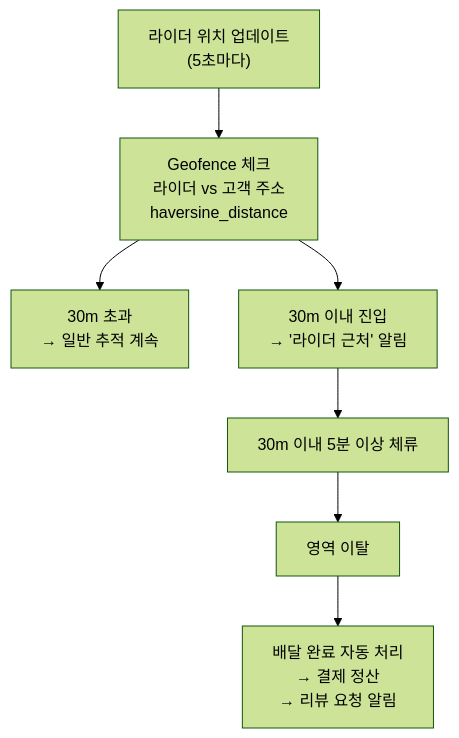
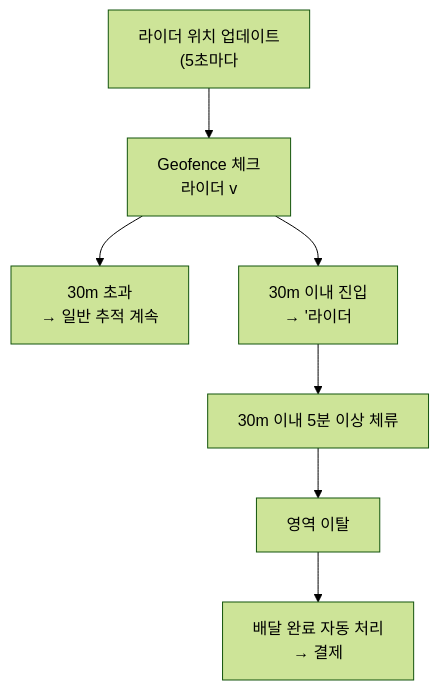
Before and after one commit to yjkim2015/yjkim2015.github.io: the eighth of 9 diagrams in _posts/systemdesign/2026-05-03-system-design-location.md, drawn with Mermaid (forest theme). The commit also changed other lines of this file and 271 other files, not shown here.

First line of the commit message:
Mermaid 라벨 축소: 긴 노드 텍스트 18자 이하로 트림 + \n 제거

````diff
--- a/_posts/systemdesign/2026-05-03-system-design-location.md
+++ b/_posts/systemdesign/2026-05-03-system-design-location.md
@@ -698,10 +698,10 @@
 ```mermaid
 graph TD
-    Update["라이더 위치 업데이트\n(5초마다)"]
-    Update --> Check["Geofence 체크\n라이더 vs 고객 주소\nhaversine_distance"]
+    Update["라이더 위치 업데이트\n(5초마다"]
+    Update --> Check["Geofence 체크\n라이더 v"]
     Check --> Far["30m 초과\n→ 일반 추적 계속"]
-    Check --> Near["30m 이내 진입\n→ '라이더 근처' 알림"]
+    Check --> Near["30m 이내 진입\n→ '라이더"]
     Near --> Wait["30m 이내 5분 이상 체류"]
     Wait --> Exit["영역 이탈"]
-    Exit --> Complete["배달 완료 자동 처리\n→ 결제 정산\n→ 리뷰 요청 알림"]
+    Exit --> Complete["배달 완료 자동 처리\n→ 결제"]
 ```
````
